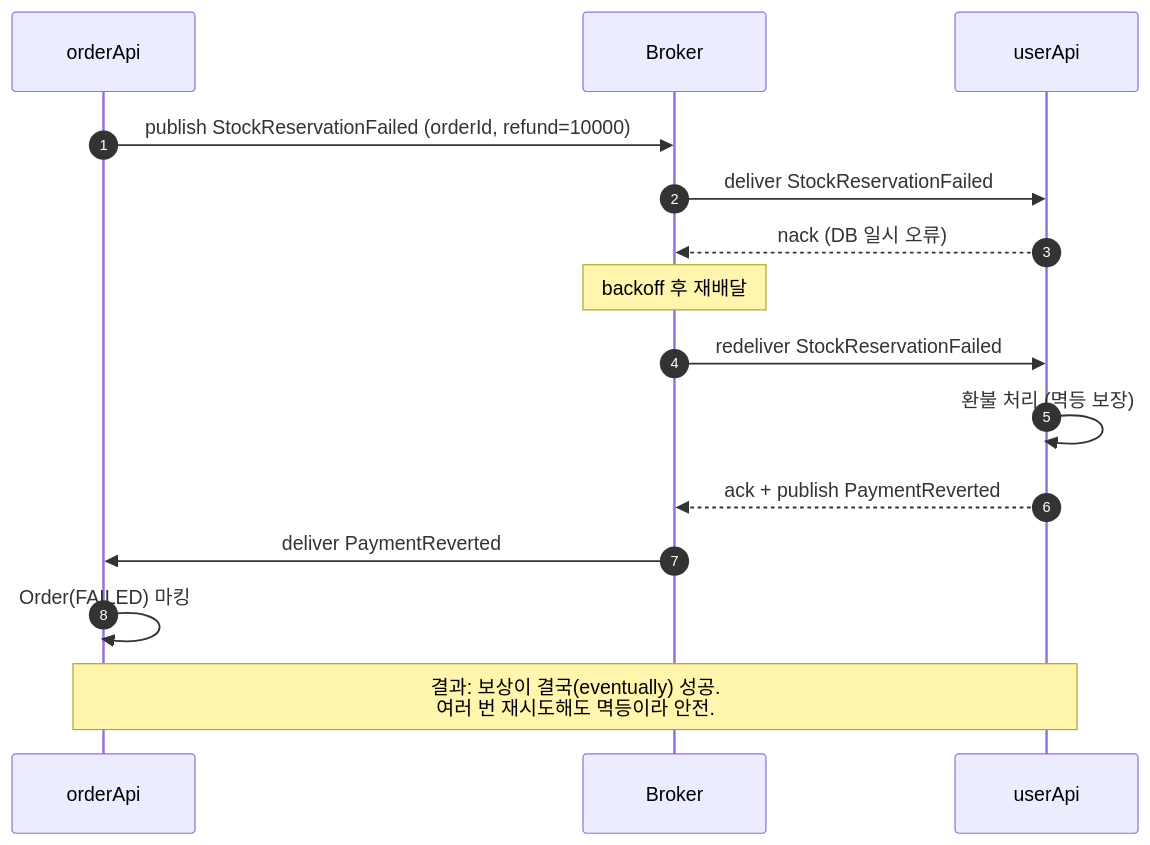
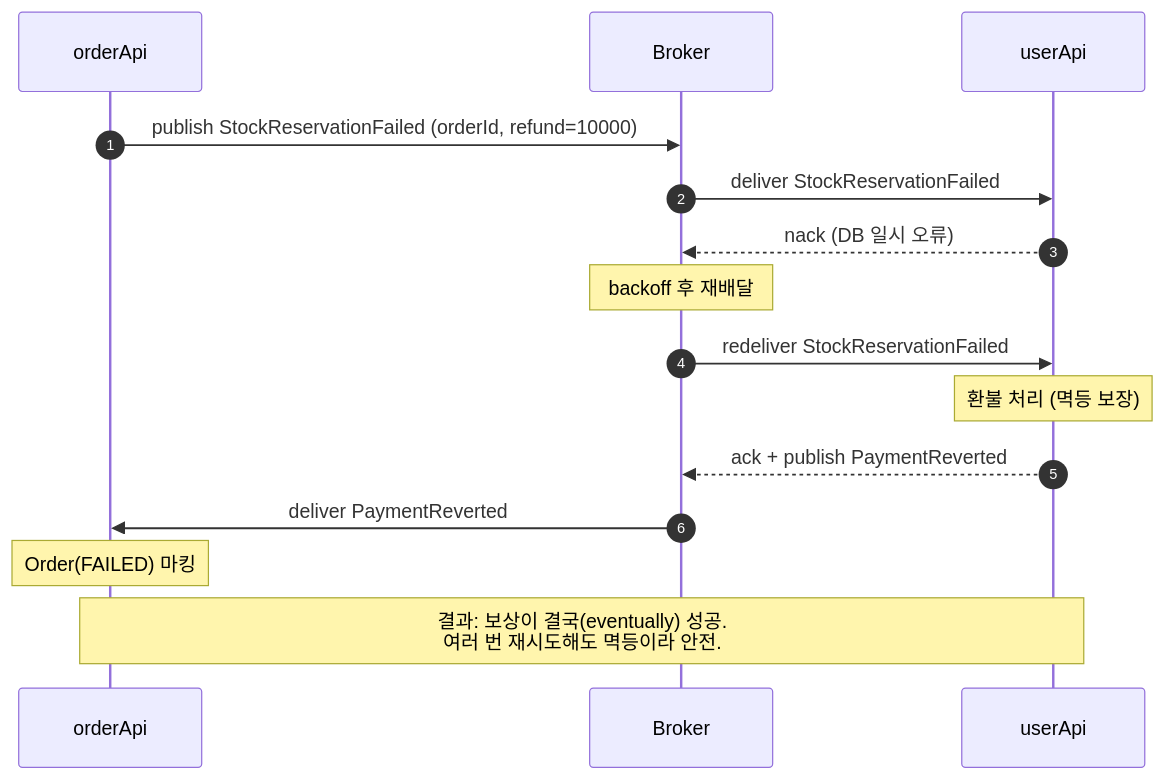
Before and after one commit to jameskim9509/CommerceAPI: the sixth of 7 diagrams in ADR/003-choreography-saga-compensation.md, drawn with Mermaid. The commit also changed other lines of this file, not shown here.

First line of the commit message:
docs: ADR-003 적용 후 forward/compensation 코드 흐름 다이어그램 추가

````diff
--- a/ADR/003-choreography-saga-compensation.md
+++ b/ADR/003-choreography-saga-compensation.md
@@ -158,18 +261,18 @@
 ```mermaid
 sequenceDiagram
     autonumber
     participant O as orderApi
     participant B as Broker
     participant US as userApi
 
     O->>B: publish StockReservationFailed (orderId, refund=10000)
     B->>US: deliver StockReservationFailed
     US-->>B: nack (DB 일시 오류)
     Note over B: backoff 후 재배달
     B->>US: redeliver StockReservationFailed
-    US->>US: 환불 처리 (멱등 보장)
+    Note over US: 환불 처리 (멱등 보장)
     US-->>B: ack + publish PaymentReverted
     B->>O: deliver PaymentReverted
-    O->>O: Order(FAILED) 마킹
+    Note over O: Order(FAILED) 마킹
     Note over O,US: 결과: 보상이 결국(eventually) 성공.<br/>여러 번 재시도해도 멱등이라 안전.
 ```
````
